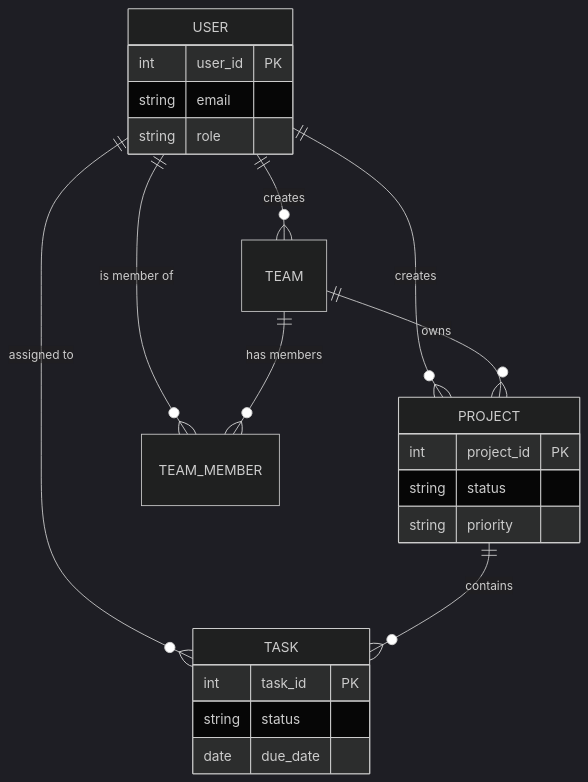
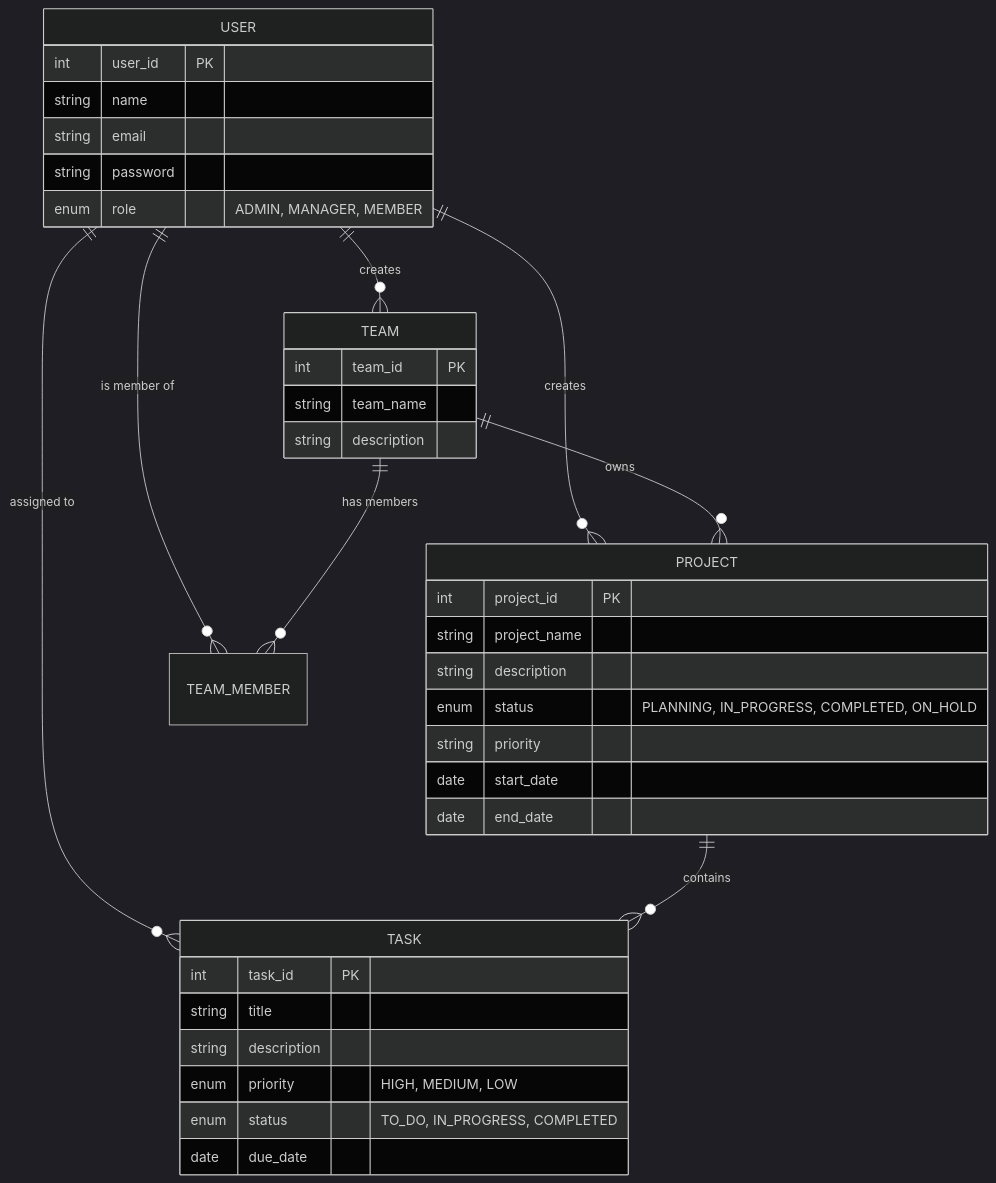
One commit to BushraNazish/CollabTask changed the second of 2 diagrams in README.md. Above: the diagram before and after it, drawn with Mermaid (dark theme). The commit also changed other lines of this file, not shown here.

Commit message:
docs: Add user journey flowchart and update database schema definitions.

````diff
--- a/README.md
+++ b/README.md
@@ -115,30 +138,45 @@
 ```mermaid
 erDiagram
     USER ||--o{ PROJECT : "creates"
     USER ||--o{ TASK : "assigned to"
     USER ||--o{ TEAM : "creates"
     USER ||--o{ TEAM_MEMBER : "is member of"
     
     TEAM ||--o{ PROJECT : "owns"
     TEAM ||--o{ TEAM_MEMBER : "has members"
     
     PROJECT ||--o{ TASK : "contains"
     
     USER {
         int user_id PK
+        string name
         string email
-        string role
+        string password
+        enum role "ADMIN, MANAGER, MEMBER"
     }
 
     PROJECT {
         int project_id PK
-        string status
+        string project_name
+        string description
+        enum status "PLANNING, IN_PROGRESS, COMPLETED, ON_HOLD"
         string priority
+        date start_date
+        date end_date
     }
 
     TASK {
         int task_id PK
-        string status
+        string title
+        string description
+        enum priority "HIGH, MEDIUM, LOW"
+        enum status "TO_DO, IN_PROGRESS, COMPLETED"
         date due_date
     }
+
+    TEAM {
+        int team_id PK
+        string team_name
+        string description
+    }
 ```
````
